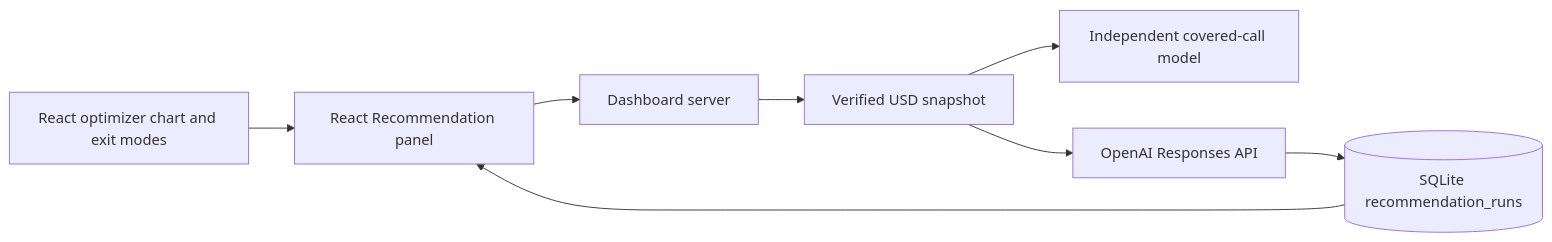
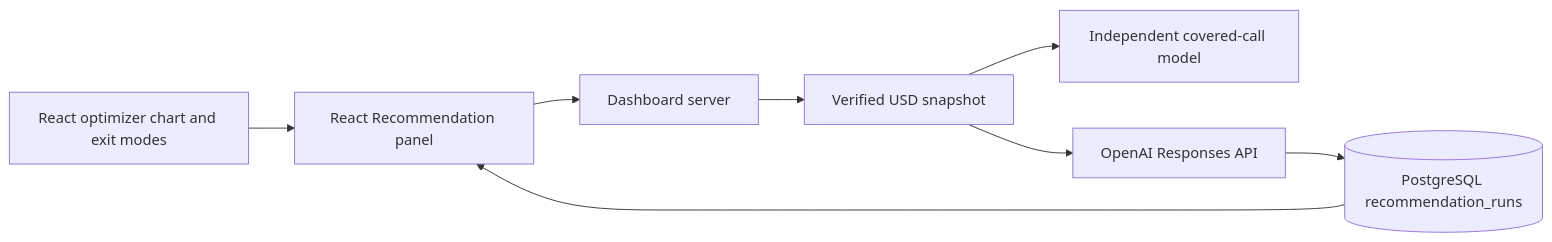
The fourth of 4 diagrams in ARCHITECTURE.md (amanlig/aiMoney), drawn with Mermaid before and after one commit. The commit also changed other lines of this file and 41 other files, not shown here.

````diff
--- a/ARCHITECTURE.md
+++ b/ARCHITECTURE.md
@@ -380,10 +420,10 @@
 ```mermaid
 flowchart LR
   Chart[React optimizer chart and exit modes] --> Button[React Recommendation panel]
   Button --> Server[Dashboard server]
   Server --> Snapshot[Verified USD snapshot]
   Snapshot --> Model[Independent covered-call model]
   Snapshot --> API[OpenAI Responses API]
-  API --> DB[(SQLite recommendation_runs)]
+  API --> DB[(PostgreSQL recommendation_runs)]
   DB --> Button
 ```
````
